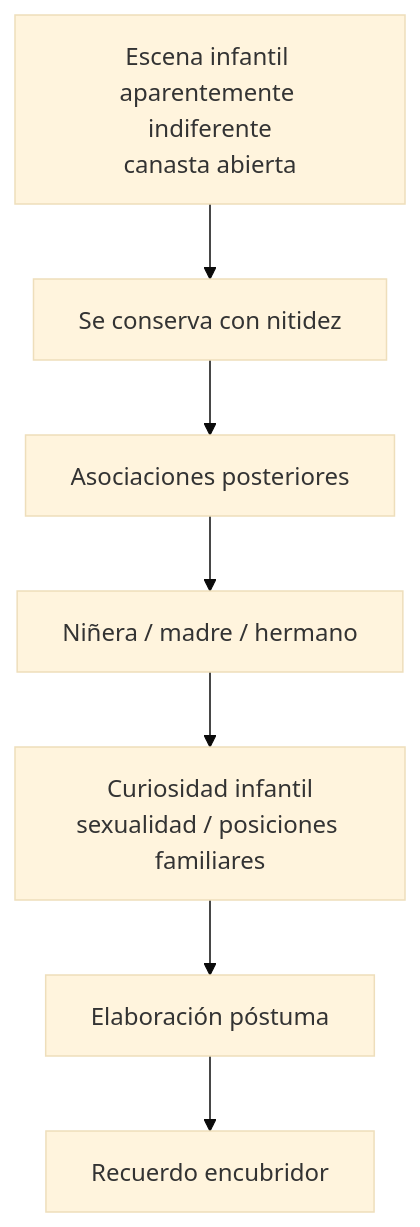
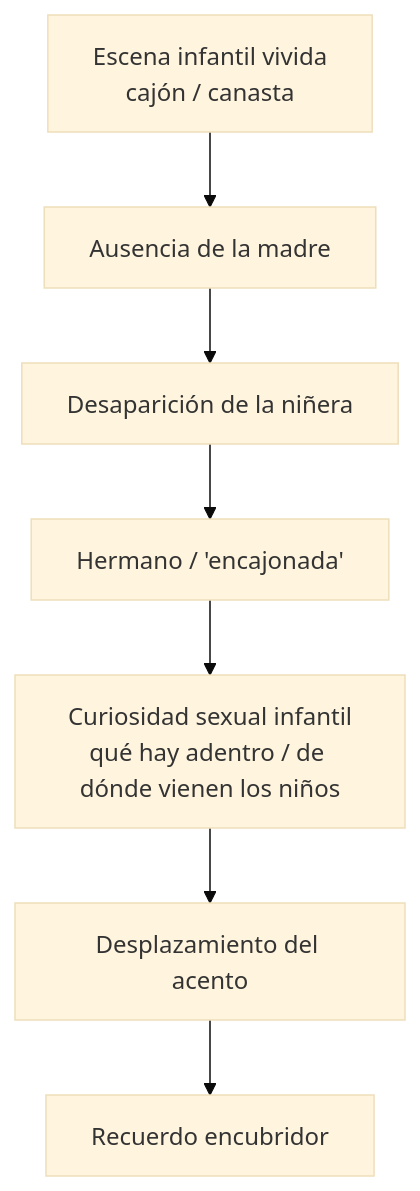
Before and after one commit to javifernandes/psicoanalisis-freud-laznik: the diagram in libro/bookops/03-apendice-casos/05-recuerdos-encubridores.md, drawn with Mermaid (base theme). The commit also changed other lines of this file and 1 other file, not shown here.

````diff
--- a/libro/bookops/03-apendice-casos/05-recuerdos-encubridores.md
+++ b/libro/bookops/03-apendice-casos/05-recuerdos-encubridores.md
@@ -62,9 +77,9 @@
 ```mermaid
 flowchart TD
-  A["Escena infantil aparentemente indiferente<br/>canasta abierta"] --> B["Se conserva con nitidez"]
-  B --> C["Asociaciones posteriores"]
-  C --> D["Niñera / madre / hermano"]
-  D --> E["Curiosidad infantil<br/>sexualidad / posiciones familiares"]
-  E --> F["Elaboración póstuma"]
+  A["Escena infantil vividа<br/>cajón / canasta"] --> B["Ausencia de la madre"]
+  B --> C["Desaparición de la niñera"]
+  C --> D["Hermano / 'encajonada'"]
+  D --> E["Curiosidad sexual infantil<br/>qué hay adentro / de dónde vienen los niños"]
+  E --> F["Desplazamiento del acento"]
   F --> G["Recuerdo encubridor"]
 ```
````
